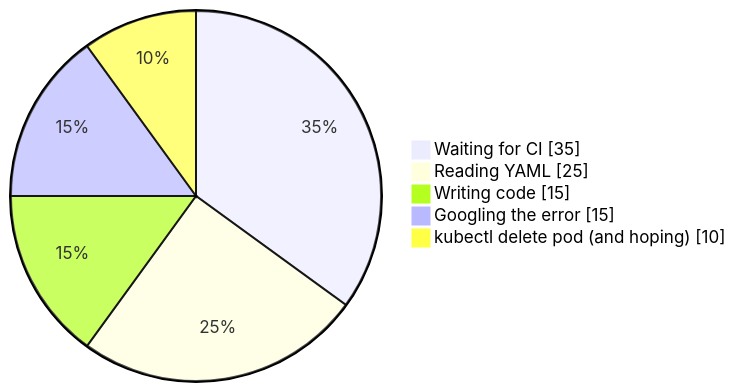
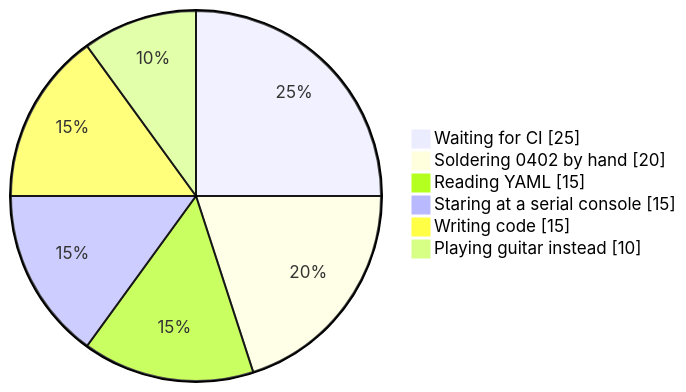
Before and after one commit to dreaming66/dreaming66: the first of 2 diagrams in README.md, drawn with Mermaid. The commit also changed other lines of this file, not shown here.

````diff
--- a/README.md
+++ b/README.md
@@ -36,8 +78,9 @@
 ```mermaid
 pie showData
-    "Waiting for CI" : 35
-    "Reading YAML" : 25
+    "Waiting for CI" : 25
+    "Soldering 0402 by hand" : 20
+    "Reading YAML" : 15
+    "Staring at a serial console" : 15
     "Writing code" : 15
-    "Googling the error" : 15
-    "kubectl delete pod (and hoping)" : 10
+    "Playing guitar instead" : 10
 ```
````
